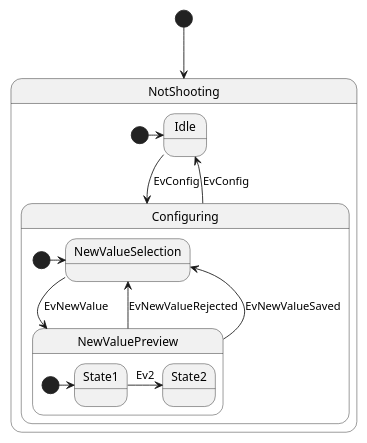
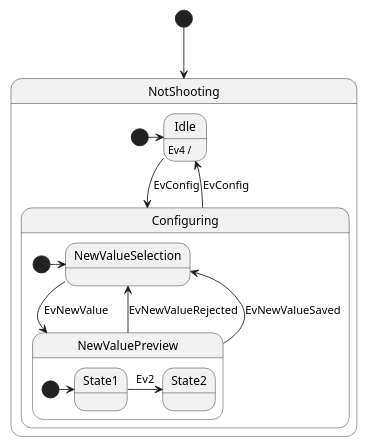
One commit to StateSmith/StateSmith changed the diagram in src/StateSmithTest/Output/Sim/diagrams/PlantEx1.puml. Above: the diagram before and after it, drawn with PlantUML. The commit also changed 7 other files, not shown here.

```diff
--- a/src/StateSmithTest/Output/Sim/diagrams/PlantEx1.puml
+++ b/src/StateSmithTest/Output/Sim/diagrams/PlantEx1.puml
@@ -1,32 +1,35 @@
 @startuml PlantEx1
 ' from https://plantuml.com/state-diagram
 scale 350 width
 [*] --> NotShooting
 
 state NotShooting {
   [*] -> Idle
   Idle --> Configuring : EvConfig
   Configuring --> Idle : EvConfig
 }
 
 state Configuring {
   [*] -> NewValueSelection
   NewValueSelection --> NewValuePreview : EvNewValue
   NewValuePreview --> NewValueSelection : EvNewValueRejected
   NewValuePreview --> NewValueSelection : EvNewValueSaved
 
   state NewValuePreview {
     [*] -> State1
     State1 -> State2 : Ev2
   }
 }
 
+' Test below event consume for https://github.com/StateSmith/StateSmith/issues/355
+Idle: Ev4 /
+
 ' The below is meant to test https://github.com/StateSmith/StateSmith/issues/337
 /'! $CONFIG : toml
 [RenderConfig.JavaScript]
 ClassCode = "blah blah"
 ExtendsSuperClass = "SomeUserClass"
 UseExportOnClass = true
 '/
 
 @enduml
```
